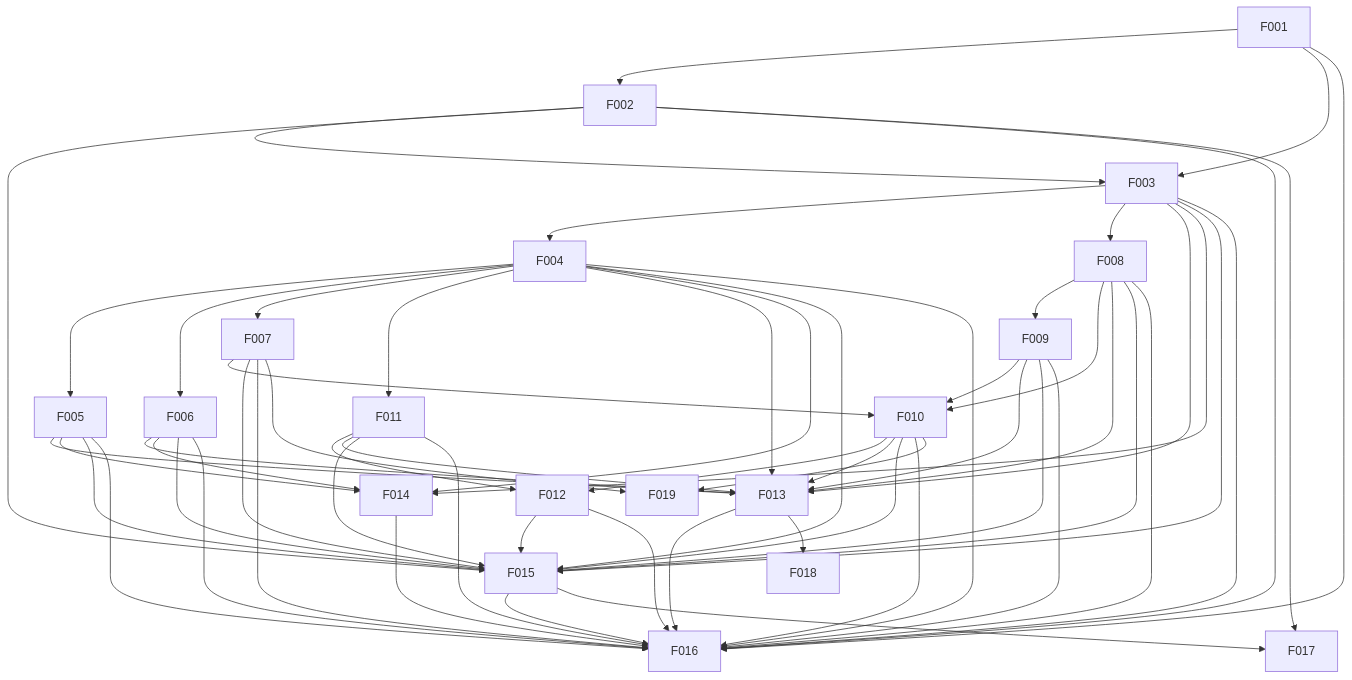
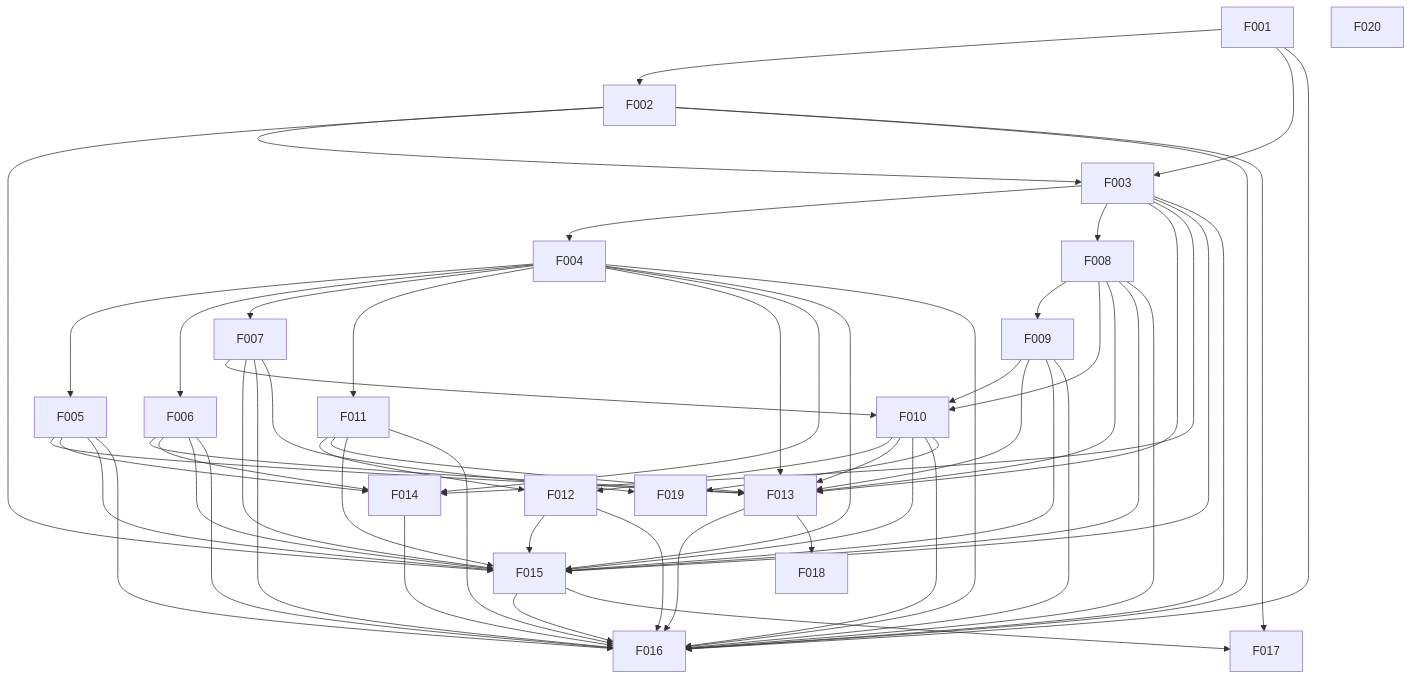
One commit to 47oo/csm changed the diagram in docs/project/dependency-map.md. Above: the diagram before and after it, drawn with Mermaid. The commit also changed other lines of this file and 5 other files, not shown here.

````diff
--- a/docs/project/dependency-map.md
+++ b/docs/project/dependency-map.md
@@ -9,80 +9,81 @@
 ```mermaid
 flowchart TD
     n0["F001"]
     n1["F002"]
     n2["F003"]
     n3["F004"]
     n4["F005"]
     n5["F006"]
     n6["F007"]
     n7["F008"]
     n8["F009"]
     n9["F010"]
     n10["F011"]
     n11["F012"]
     n12["F013"]
     n13["F014"]
     n14["F015"]
     n15["F016"]
     n16["F017"]
     n17["F018"]
     n18["F019"]
+    n19["F020"]
     n0 --> n1
     n0 --> n2
     n1 --> n2
     n2 --> n3
     n3 --> n4
     n3 --> n5
     n3 --> n6
     n2 --> n7
     n7 --> n8
     n6 --> n9
     n7 --> n9
     n8 --> n9
     n3 --> n10
     n9 --> n11
     n10 --> n11
     n2 --> n12
     n3 --> n12
     n4 --> n12
     n5 --> n12
     n7 --> n12
     n8 --> n12
     n9 --> n12
     n10 --> n12
     n2 --> n13
     n3 --> n13
     n4 --> n13
     n5 --> n13
     n1 --> n14
     n2 --> n14
     n3 --> n14
     n4 --> n14
     n5 --> n14
     n6 --> n14
     n7 --> n14
     n8 --> n14
     n9 --> n14
     n10 --> n14
     n11 --> n14
     n0 --> n15
     n1 --> n15
     n2 --> n15
     n3 --> n15
     n4 --> n15
     n5 --> n15
     n6 --> n15
     n7 --> n15
     n8 --> n15
     n9 --> n15
     n10 --> n15
     n11 --> n15
     n12 --> n15
     n13 --> n15
     n14 --> n15
     n1 --> n16
     n14 --> n16
     n12 --> n17
     n6 --> n18
     n9 --> n18
 ```
````
